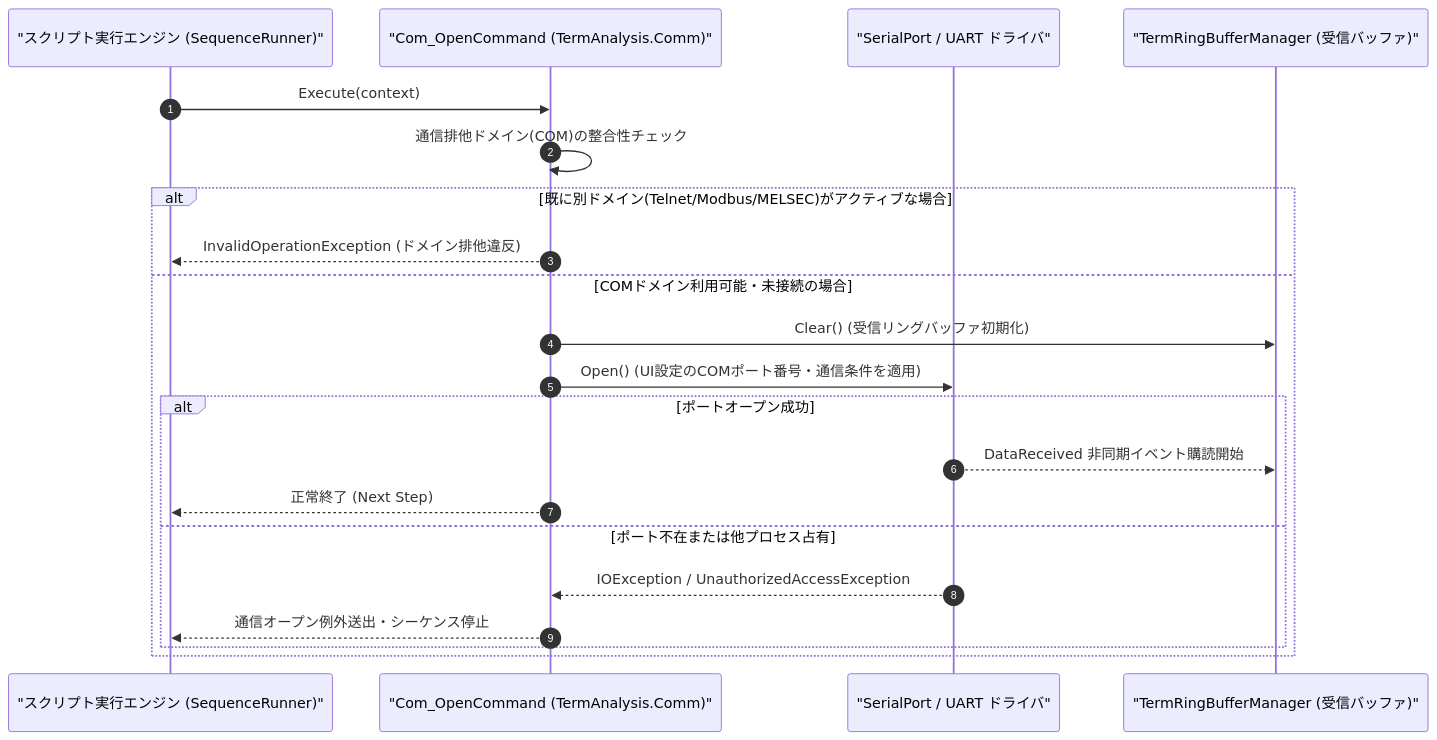
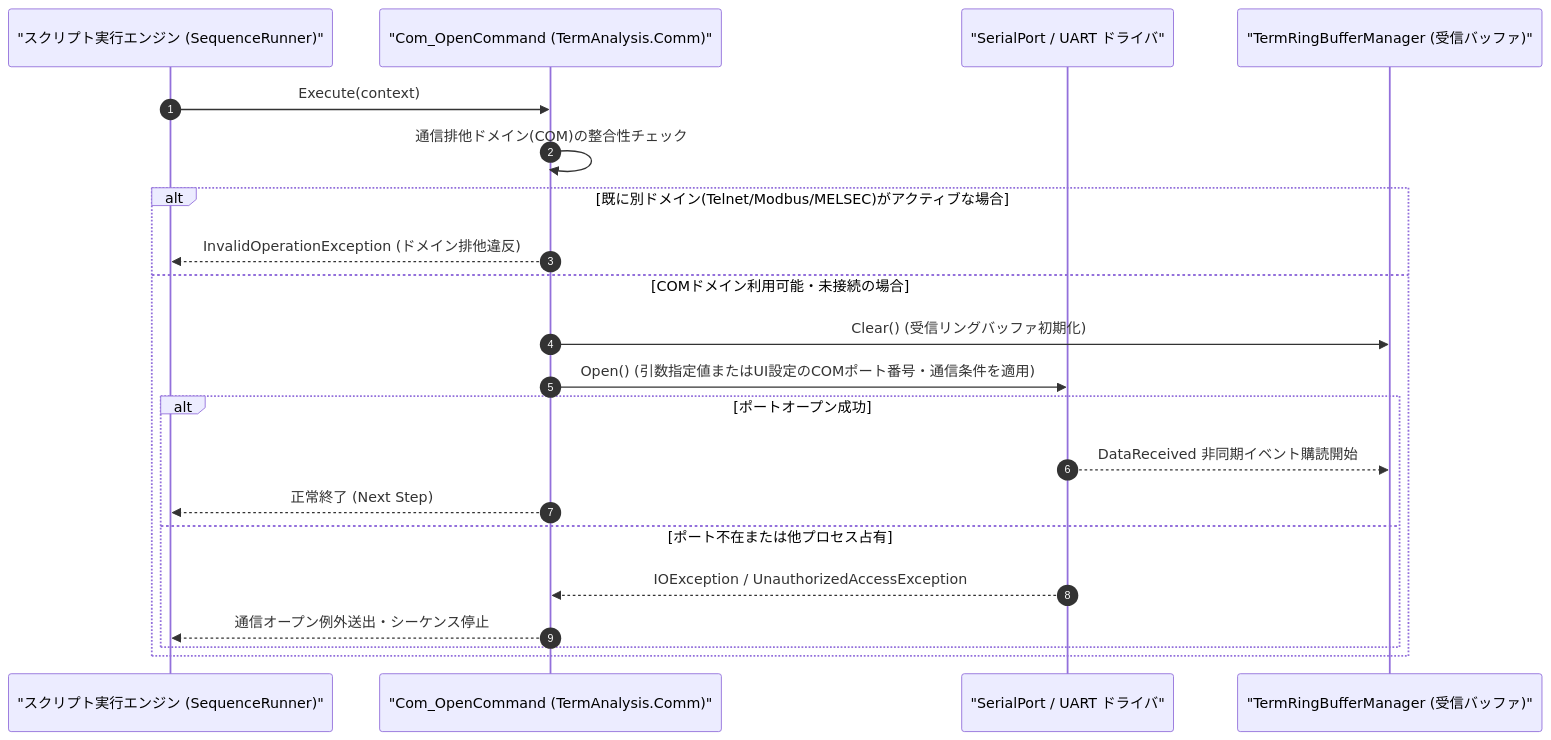
Before and after one commit to Monaca-App/TermAddIn_Comm: the diagram in Manual/Comm/Com_Open.Md, drawn with Mermaid. The commit also changed other lines of this file and 8 other files, not shown here.

````diff
--- a/Manual/Comm/Com_Open.Md
+++ b/Manual/Comm/Com_Open.Md
@@ -65,24 +71,24 @@
 ```mermaid
 sequenceDiagram
     autonumber
     participant Script as "スクリプト実行エンジン (SequenceRunner)"
     participant Cmd as "Com_OpenCommand (TermAnalysis.Comm)"
     participant Port as "SerialPort / UART ドライバ"
     participant Buf as "TermRingBufferManager (受信バッファ)"
 
     Script->>Cmd: Execute(context)
     Cmd->>Cmd: 通信排他ドメイン(COM)の整合性チェック
     alt 既に別ドメイン(Telnet/Modbus/MELSEC)がアクティブな場合
         Cmd-->>Script: InvalidOperationException (ドメイン排他違反)
     else COMドメイン利用可能・未接続の場合
         Cmd->>Buf: Clear() (受信リングバッファ初期化)
-        Cmd->>Port: Open() (UI設定のCOMポート番号・通信条件を適用)
+        Cmd->>Port: Open() (引数指定値またはUI設定のCOMポート番号・通信条件を適用)
         alt ポートオープン成功
             Port-->>Buf: DataReceived 非同期イベント購読開始
             Cmd-->>Script: 正常終了 (Next Step)
         else ポート不在または他プロセス占有
             Port-->>Cmd: IOException / UnauthorizedAccessException
             Cmd-->>Script: 通信オープン例外送出・シーケンス停止
         end
     end
 ```
````
